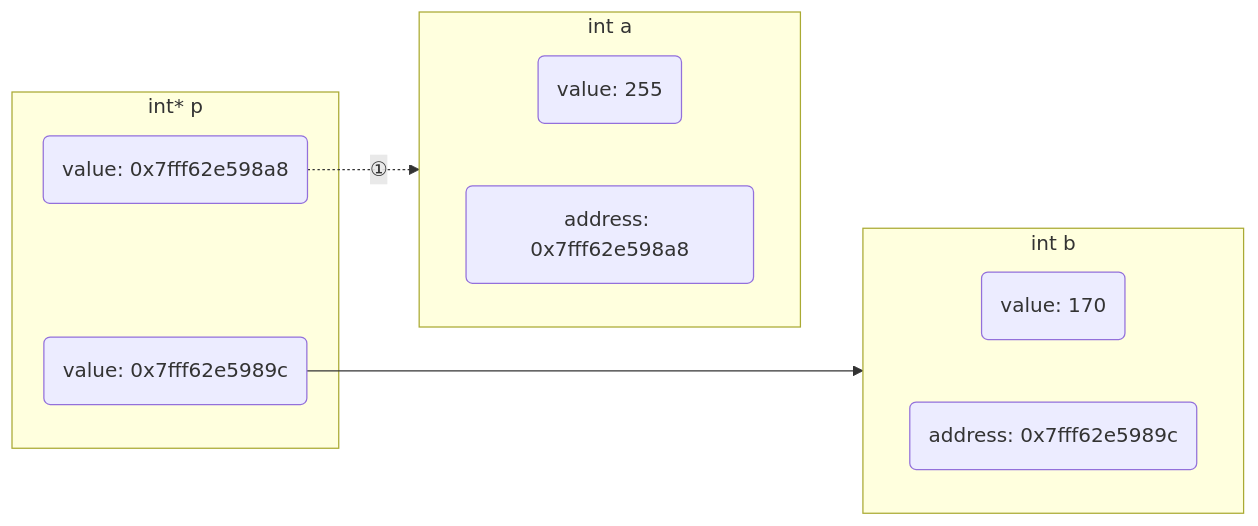
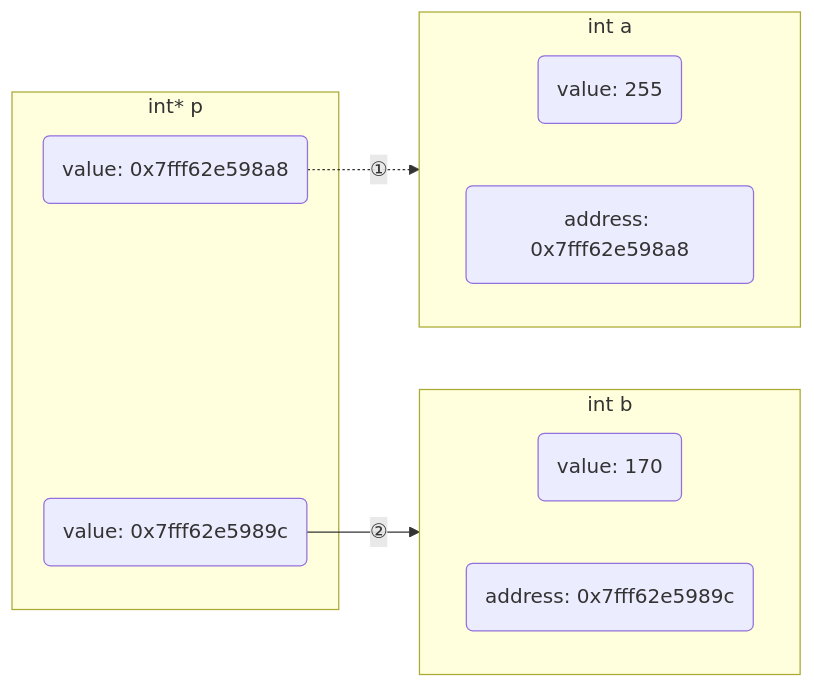
The sixth of 12 diagrams in _posts/c_c++/pointer/2022-01-08-pointer.md (dmjcb/dmjcb.github.io), drawn with Mermaid before and after one commit. The commit also changed other lines of this file and 26 other files, not shown here.

````diff
--- a/_posts/c_c++/pointer/2022-01-08-pointer.md
+++ b/_posts/c_c++/pointer/2022-01-08-pointer.md
@@ -195,22 +204,22 @@
 ```mermaid
 graph LR;
     subgraph S2[int b]
         direction LR
         V2(value: 170)
         A2(address: 0x7fff62e5989c)
     end
 
     subgraph S1[int a]
         direction LR
         V1(value: 255)
         A1(address: 0x7fff62e598a8)
     end
 
     subgraph S3[int* p]
         V3(value: 0x7fff62e598a8)
         V4(value: 0x7fff62e5989c)
     end
 
     V3-.①.->A1
-    V4--->A2
+    V4--②-->A2
 ```
````
